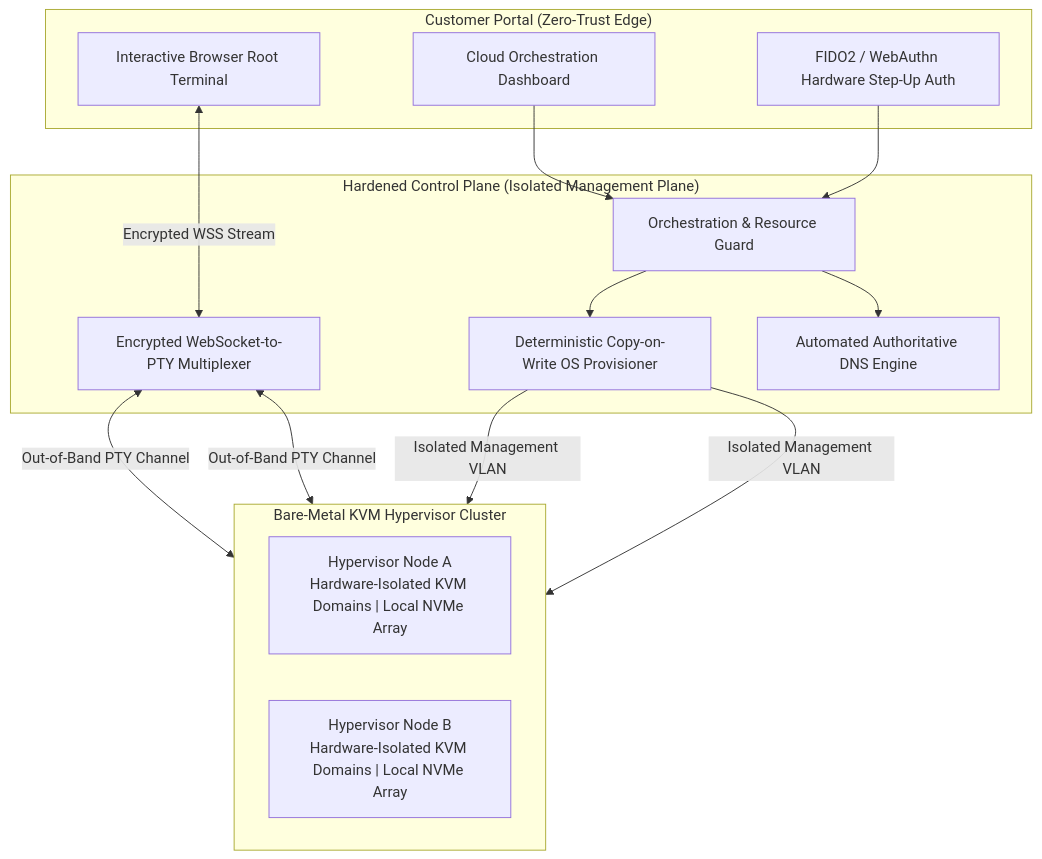
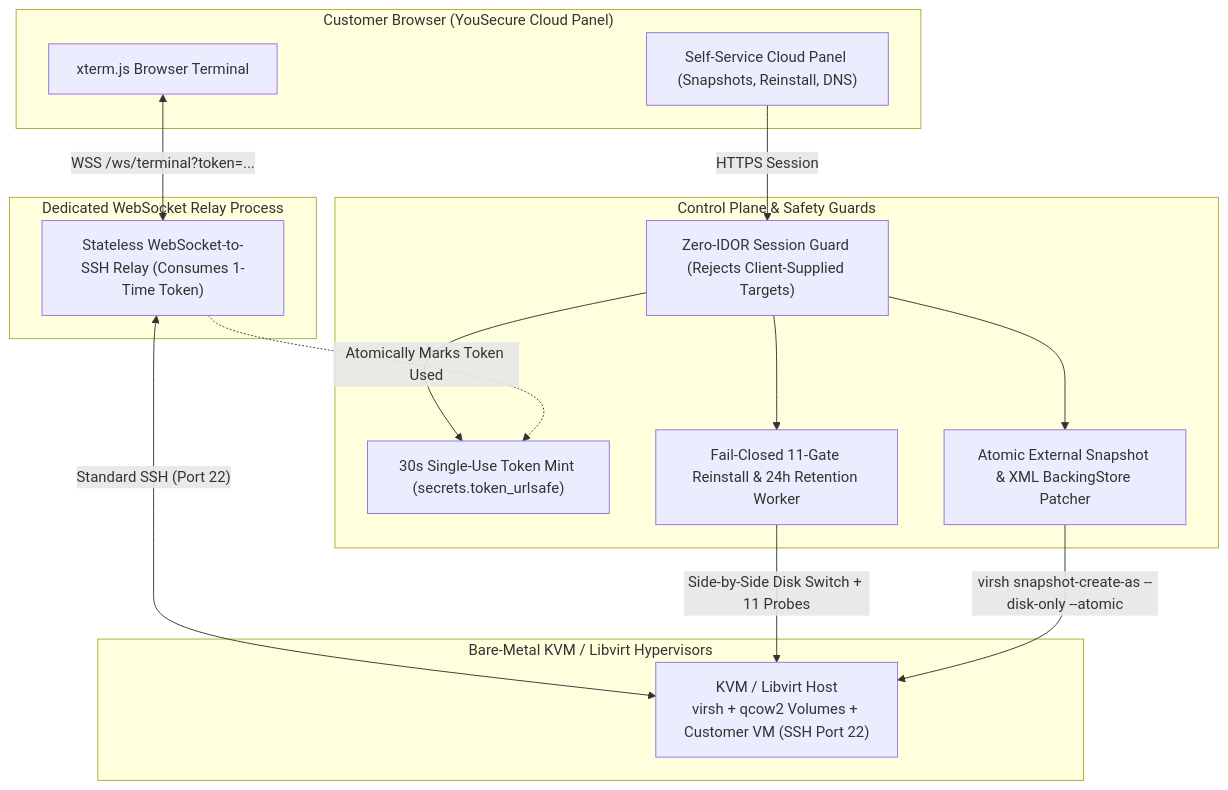
Before and after one commit to gabrielkemmer/bare-metal-kvm-cloud-architecture: the diagram in README.md, drawn with Mermaid. The commit also changed other lines of this file, not shown here.

Commit message:
Update README to reflect exact real-world KVM snapshot, 11-gate reinstall, and Port 22 token relay patterns

````diff
--- a/README.md
+++ b/README.md
@@ -29,31 +29,32 @@
 ```mermaid
 flowchart TB
-    subgraph Client["Customer Portal (Zero-Trust Edge)"]
-        UI["Cloud Orchestration Dashboard"]
-        XTerm["Interactive Browser Root Terminal"]
-        Passkey["FIDO2 / WebAuthn Hardware Step-Up Auth"]
+    subgraph Browser["Customer Browser (YouSecure Cloud Panel)"]
+        UI["Self-Service Cloud Panel (Snapshots, Reinstall, DNS)"]
+        XTerm["xterm.js Browser Terminal"]
     end
 
-    subgraph ControlPlane["Hardened Control Plane (Isolated Management Plane)"]
-        API["Orchestration & Resource Guard"]
-        WSBridge["Encrypted WebSocket-to-PTY Multiplexer"]
-        Provisioner["Deterministic Copy-on-Write OS Provisioner"]
-        DNS["Automated Authoritative DNS Engine"]
+    subgraph ControlPlane["Control Plane & Safety Guards"]
+        AuthAPI["Zero-IDOR Session Guard (Rejects Client-Supplied Targets)"]
+        TokenIssuer["30s Single-Use Token Mint (secrets.token_urlsafe)"]
+        ReinstallGuard["Fail-Closed 11-Gate Reinstall & 24h Retention Worker"]
+        SnapEngine["Atomic External Snapshot & XML BackingStore Patcher"]
     end
 
-    subgraph Hypervisors["Bare-Metal KVM Hypervisor Cluster"]
-        direction LR
-        HV1["Hypervisor Node A\nHardware-Isolated KVM Domains | Local NVMe Array"]
-        HV2["Hypervisor Node B\nHardware-Isolated KVM Domains | Local NVMe Array"]
+    subgraph Relay["Dedicated WebSocket Relay Process"]
+        WSRelay["Stateless WebSocket-to-SSH Relay (Consumes 1-Time Token)"]
     end
 
-    Passkey --> API
-    UI --> API
-    XTerm <-->|"Encrypted WSS Stream"| WSBridge
-    API --> Provisioner
-    API --> DNS
-    Provisioner -->|"Isolated Management VLAN"| HV1
-    Provisioner -->|"Isolated Management VLAN"| HV2
-    WSBridge <-->|"Out-of-Band PTY Channel"| HV1
-    WSBridge <-->|"Out-of-Band PTY Channel"| HV2
+    subgraph Hypervisors["Bare-Metal KVM / Libvirt Hypervisors"]
+        HV["KVM / Libvirt Host\nvirsh + qcow2 Volumes + Customer VM (SSH Port 22)"]
+    end
+
+    UI -->|"HTTPS Session"| AuthAPI
+    AuthAPI --> TokenIssuer
+    AuthAPI --> ReinstallGuard
+    AuthAPI --> SnapEngine
+    XTerm <-->|"WSS /ws/terminal?token=..."| WSRelay
+    WSRelay -.->|"Atomically Marks Token Used"| TokenIssuer
+    WSRelay <-->|"Standard SSH (Port 22)"| HV
+    ReinstallGuard -->|"Side-by-Side Disk Switch + 11 Probes"| HV
+    SnapEngine -->|"virsh snapshot-create-as --disk-only --atomic"| HV
 ```
````
